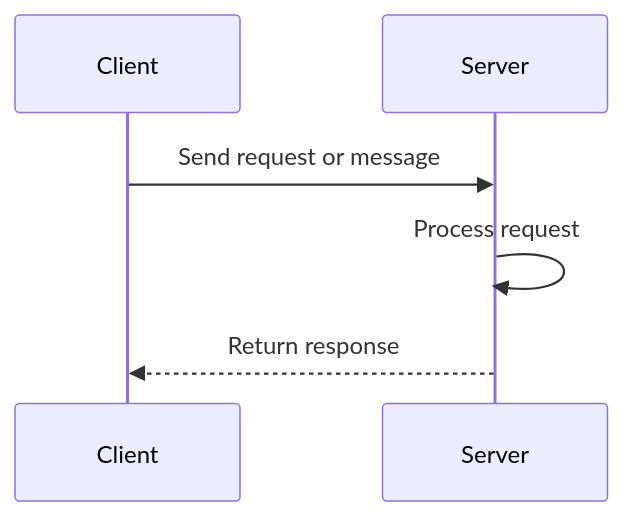
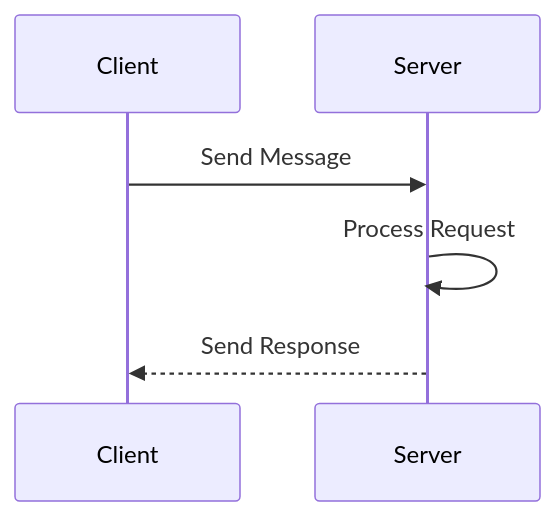
One commit to khushiag07/Java_Project changed the fifth of 7 diagrams in README.md. Above: the diagram before and after it, drawn with Mermaid. The commit also changed other lines of this file, not shown here.

````diff
--- a/README.md
+++ b/README.md
@@ -193,8 +121,8 @@
 ```mermaid
 sequenceDiagram
     participant C as Client
     participant S as Server
-    C->>S: Send request or message
-    S->>S: Process request
-    S-->>C: Return response
+    C->>S: Send Message
+    S->>S: Process Request
+    S-->>C: Send Response
 ```
````
